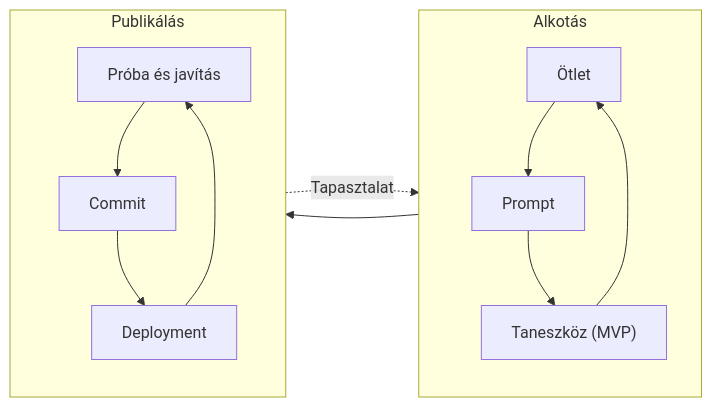
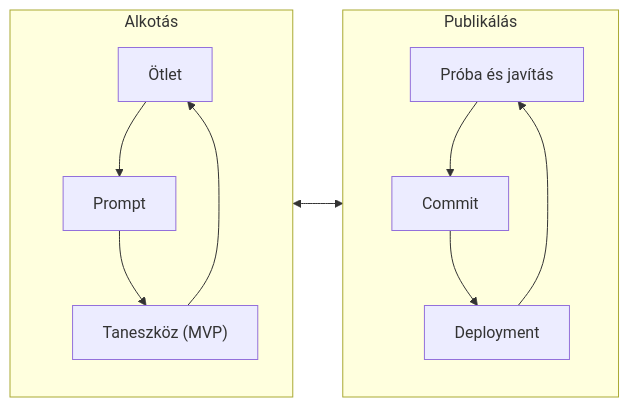
One commit to ezolmik/ai-taneszkoz-workshop changed the diagram in README.md. Above: the diagram before and after it, drawn with Mermaid.

Commit message:
fix: README.md

````diff
--- a/README.md
+++ b/README.md
@@ -6,19 +6,18 @@
 ```mermaid
 flowchart LR
     subgraph A["Alkotás"]
         direction TB
         O[Ötlet] --> P[Prompt]
         P --> M["Taneszköz (MVP)"]
         M --> O
     end
 
     subgraph B["Publikálás"]
         direction TB
         K["Próba és javítás"] --> C[Commit]
         C --> D[Deployment]
         D --> K
     end
 
-    A --> B
-    B -. Tapasztalat .-> A
+    A <--> B
 ```
````
